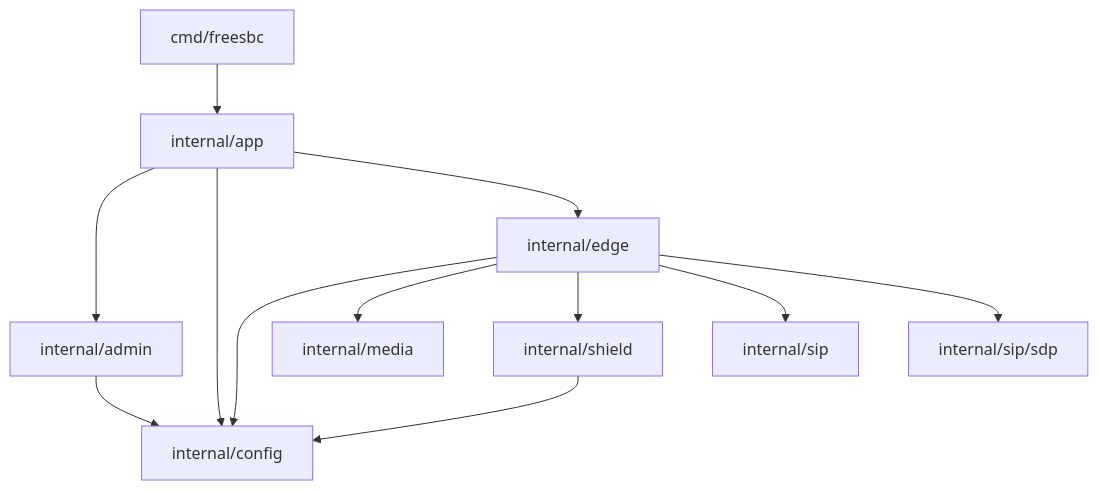
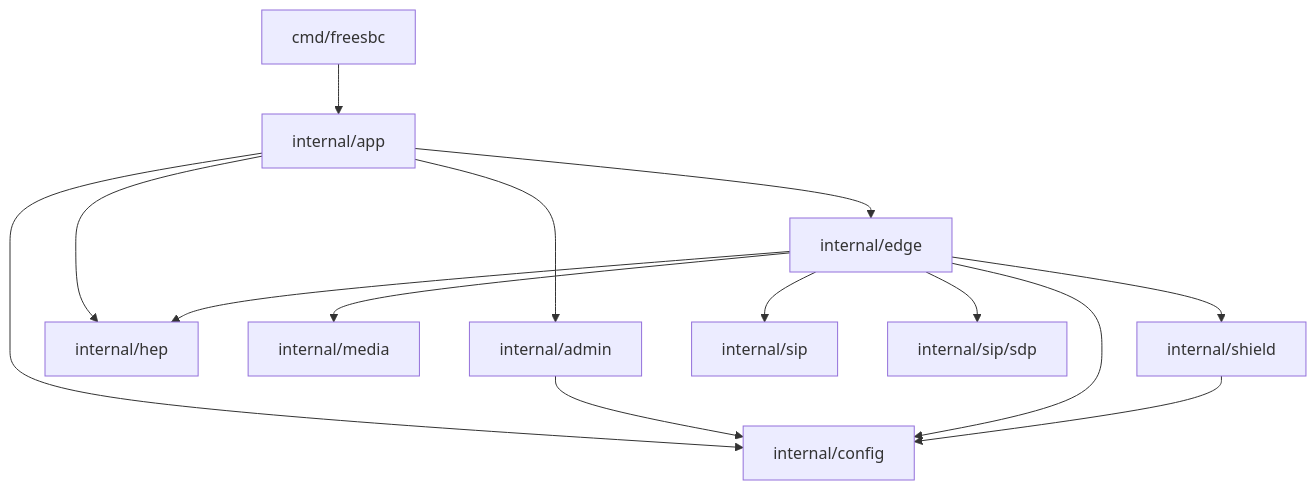
One commit to rasonyang/freesbc changed the first of 18 diagrams in docs/design.md. Above: the diagram before and after it, drawn with Mermaid. The commit also changed other lines of this file and 23 other files, not shown here.

First line of the commit message:
edge: mirror SIP signaling to HOMER over HEP (#128)

````diff
--- a/docs/design.md
+++ b/docs/design.md
@@ -101,14 +101,16 @@
 ```mermaid
 graph TD
     cmd["cmd/freesbc"] --> app["internal/app"]
     app --> admin["internal/admin"]
     app --> config["internal/config"]
     app --> edge["internal/edge"]
+    app --> hep["internal/hep"]
     admin --> config
     edge --> config
+    edge --> hep
     edge --> media["internal/media"]
     edge --> shield["internal/shield"]
     edge --> sip["internal/sip"]
     edge --> sdp["internal/sip/sdp"]
     shield --> config
 ```
````
